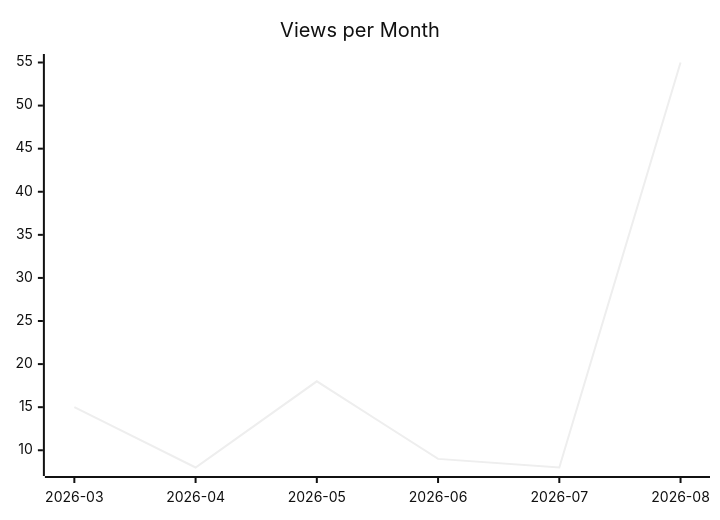
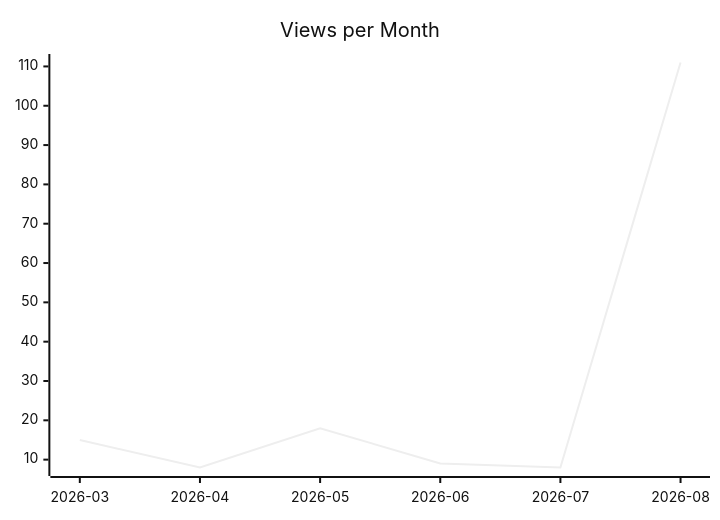
One commit to justdavis-family/github-analytics-data changed the second of 3 diagrams in karlmdavis/xmlpull/README.md. Above: the diagram before and after it, drawn with Mermaid (neutral theme). The commit also changed other lines of this file and 192 other files, not shown here.

````diff
--- a/karlmdavis/xmlpull/README.md
+++ b/karlmdavis/xmlpull/README.md
@@ -12,6 +12,6 @@
 ```mermaid
 xychart-beta
   title "Views per Month"
   x-axis ["2026-03", "2026-04", "2026-05", "2026-06", "2026-07", "2026-08"]
-  line [15, 8, 18, 9, 8, 55]
+  line [15, 8, 18, 9, 8, 111]
 ```
````
